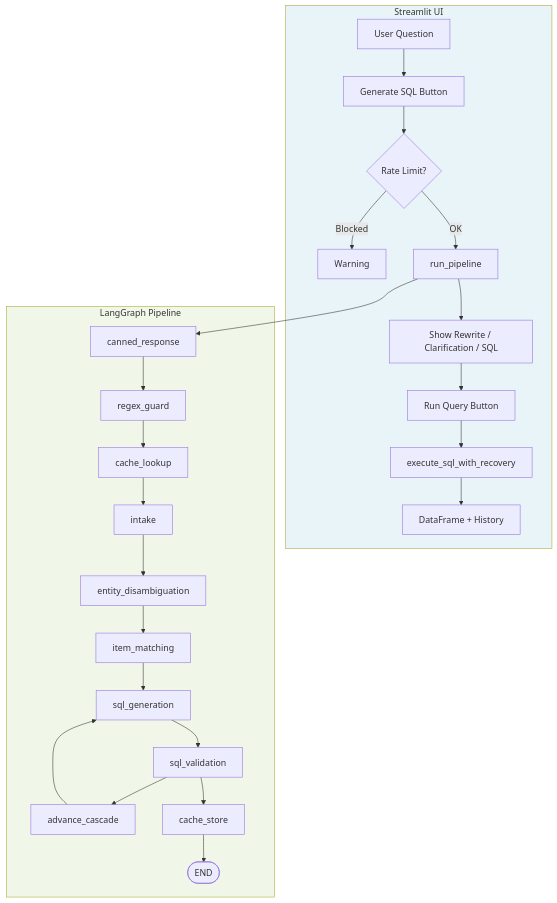
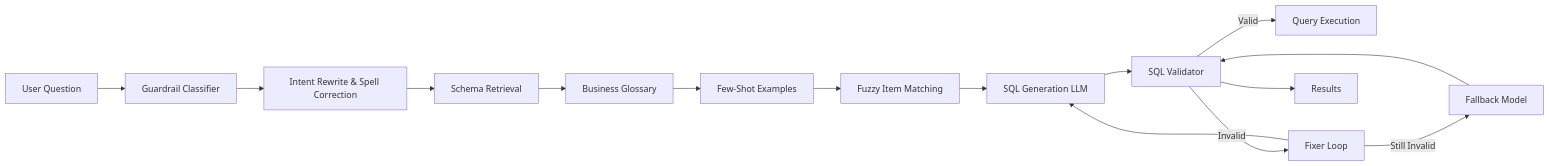
Before and after one commit to Nivetha-Tapmobi/CA_NL2SQL: the first of 4 diagrams in README.md, drawn with Mermaid. The commit also changed other lines of this file, not shown here.

````diff
--- a/README.md
+++ b/README.md
@@ -26,31 +26,27 @@
 ```mermaid
-flowchart TB
-    subgraph UI["Streamlit UI"]
-        A[User Question] --> B[Generate SQL Button]
-        B --> C{Rate Limit?}
-        C -->|Blocked| D[Warning]
-        C -->|OK| E[run_pipeline]
-        E --> F[Show Rewrite / Clarification / SQL]
-        F --> G[Run Query Button]
-        G --> H[execute_sql_with_recovery]
-        H --> I[DataFrame + History]
-    end
+flowchart LR
 
-    subgraph Pipeline["LangGraph Pipeline"]
-        E --> N1[canned_response]
-        N1 --> N2[regex_guard]
-        N2 --> N3[cache_lookup]
-        N3 --> N4[intake]
-        N4 --> N5[entity_disambiguation]
-        N5 --> N6[item_matching]
-        N6 --> N7[sql_generation]
-        N7 --> N8[sql_validation]
-        N8 --> N9[advance_cascade]
-        N9 --> N7
-        N8 --> N10[cache_store]
-        N10 --> END([END])
-    end
+    A[User Question]
 
-    style UI fill:#e8f4f8
-    style Pipeline fill:#f0f7e8
+    A --> B[Guardrail Classifier]
+    B --> C[Intent Rewrite & Spell Correction]
+
+    C --> D[Schema Retrieval]
+    D --> E[Business Glossary]
+    E --> F[Few-Shot Examples]
+    F --> G[Fuzzy Item Matching]
+
+    G --> H[SQL Generation LLM]
+
+    H --> I[SQL Validator]
+
+    I -->|Valid| J[Query Execution]
+    I -->|Invalid| K[Fixer Loop]
+
+    K --> H
+
+    K -->|Still Invalid| L[Fallback Model]
+    L --> I
+
+    I --> M[Results]
 ```
````
